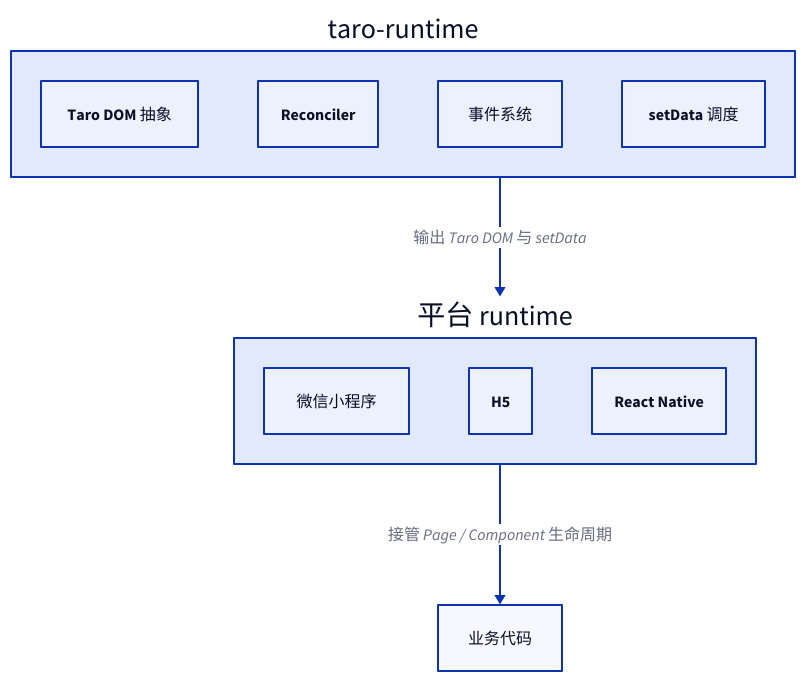
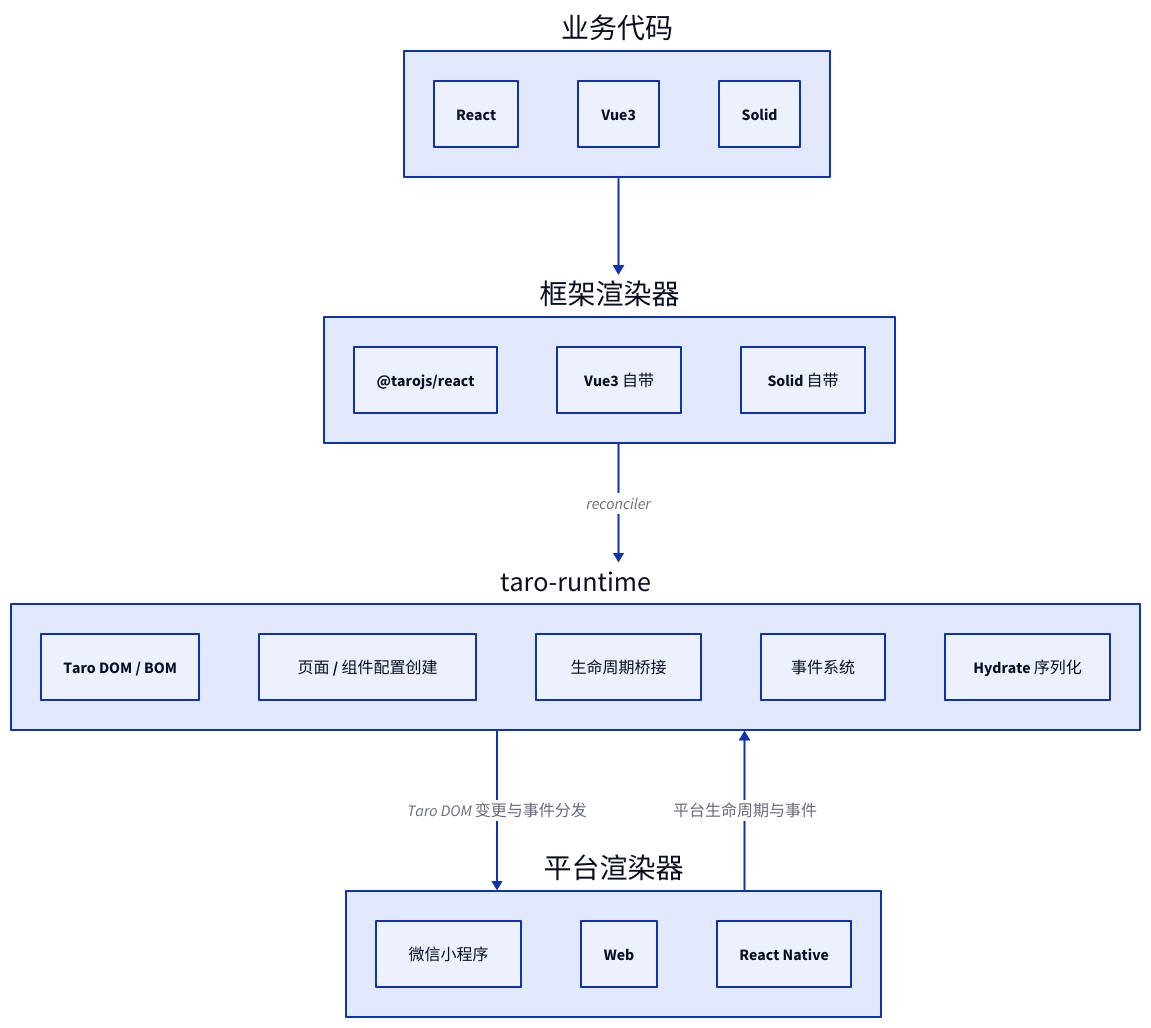
Before and after one commit to youngluo/thinking: the third of 13 diagrams in apps/docs/experiences/微信小程序/Taro 原理与实践.md, drawn with D2. The commit also changed other lines of this file and 2 other files, not shown here.

Commit message:
docs: refine Taro runtime architecture notes

````diff
--- a/apps/docs/experiences/微信小程序/Taro 原理与实践.md
+++ b/apps/docs/experiences/微信小程序/Taro 原理与实践.md
@@ -250,25 +191,42 @@
 ```d2
 direction: down
+
+framework:  业务代码 {
+  class: group
+
+  react: React
+  vue: Vue3
+  solid: Solid
+}
+
+renderer: 框架渲染器 {
+  class: group
+
+  react: '@tarojs/react'
+  vue: Vue3 自带
+  solid: Solid 自带
+}
 
 core: taro-runtime {
   class: group
 
-  dom: Taro DOM 抽象
-  reconcile: Reconciler
+  dom: Taro DOM / BOM
+  b: 页面 / 组件配置创建
+  c: 生命周期桥接
   event: 事件系统
-  schedule: setData 调度
+  schedule: Hydrate 序列化
 }
 
-adapter: 平台 runtime {
+platform: 平台渲染器 {
   class: group
 
   weapp: 微信小程序
-  h5: H5
+  web: Web
   rn: React Native
 }
 
-app: 业务代码
-
-core -> adapter: 输出 Taro DOM 与 setData
-adapter -> app: 接管 Page / Component 生命周期
+framework -> renderer
+renderer -> core: reconciler
+core -> platform: Taro DOM 变更与事件分发
+platform -> core: 平台生命周期与事件
 ```
````
